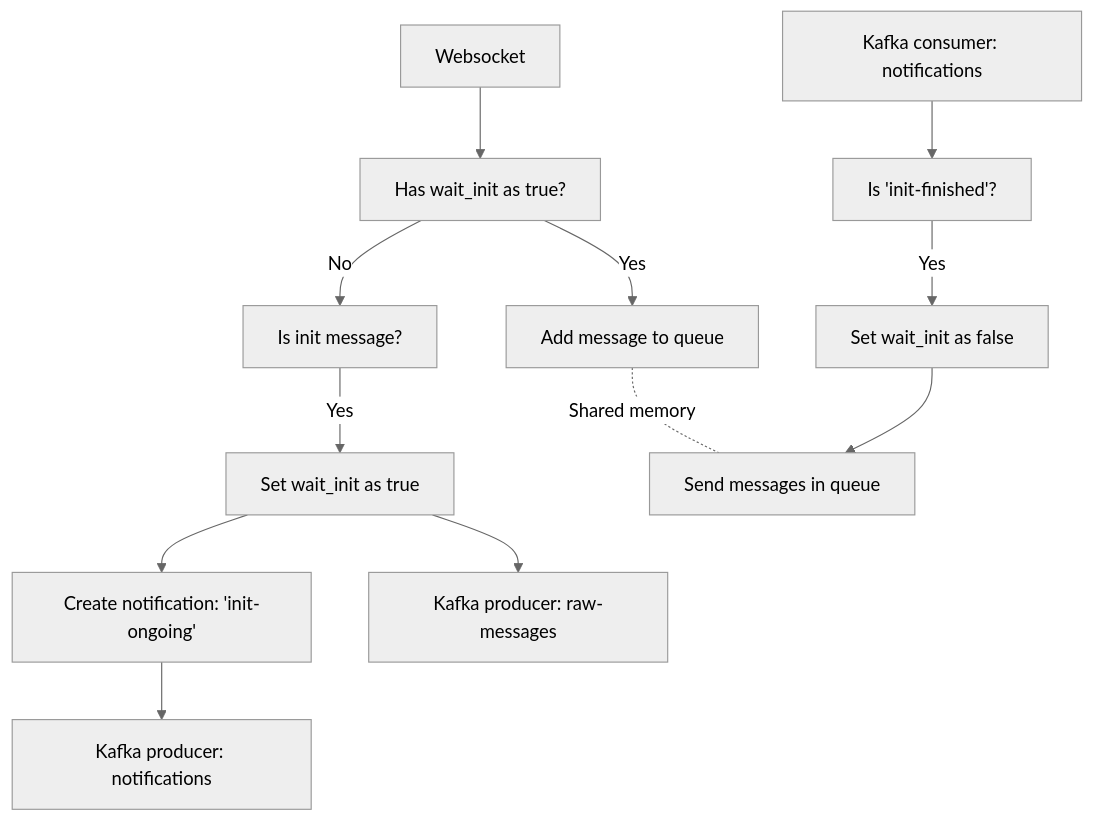
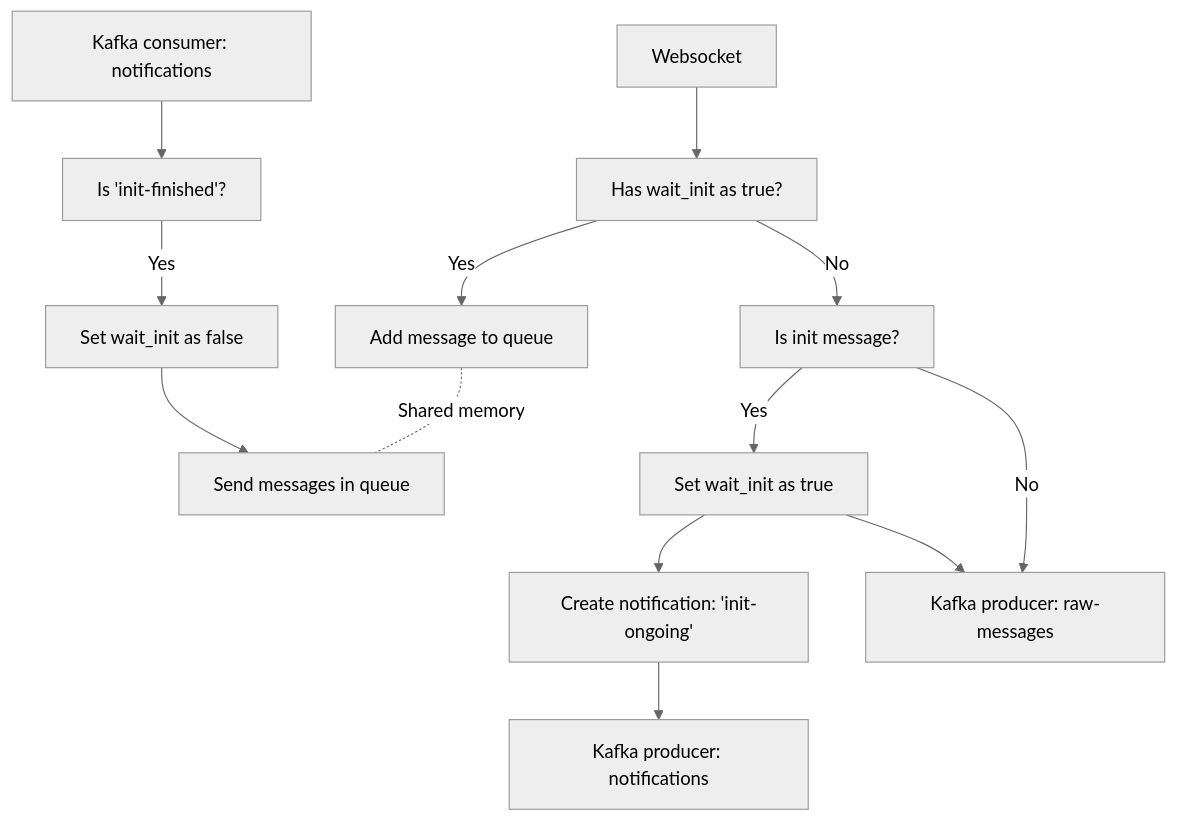
One commit to DimasDMM/live-timing-strategy changed the first of 3 diagrams in lts-pipeline/README.md. Above: the diagram before and after it, drawn with Mermaid (neutral theme). The commit also changed 19 other files, not shown here.

````diff
--- a/lts-pipeline/README.md
+++ b/lts-pipeline/README.md
@@ -54,16 +54,17 @@
 ```mermaid
 graph TD;
   A[Websocket] --> B[Has wait_init as true?];
   B -- Yes --> F[Add message to queue]
   B -- No --> C[Is init message?]
   C -- Yes --> D[Set wait_init as true]
   D --> E[Create notification: 'init-ongoing']
   E --> L[Kafka producer: notifications]
   D --> G[Kafka producer: raw-messages]
+  C -- No --> G
 
   H[Kafka consumer: notifications] --> I[Is 'init-finished'?]
   I -- Yes --> J[Set wait_init as false]
   J --> K[Send messages in queue]
 
   F -. Shared memory .- K
 ```
````
